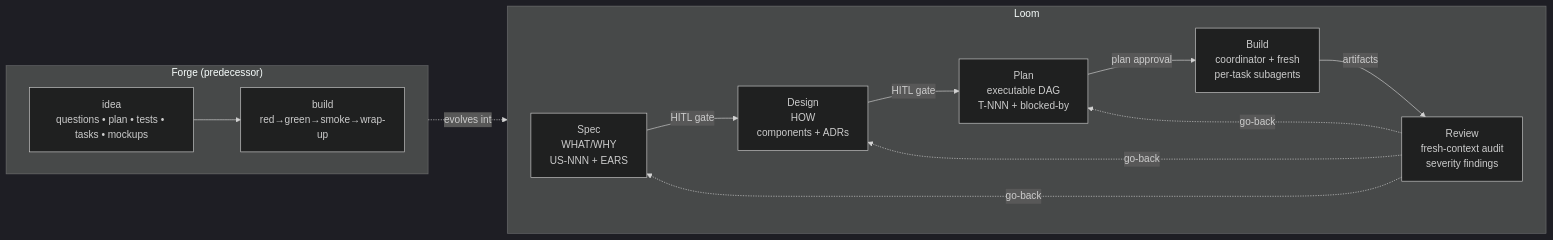
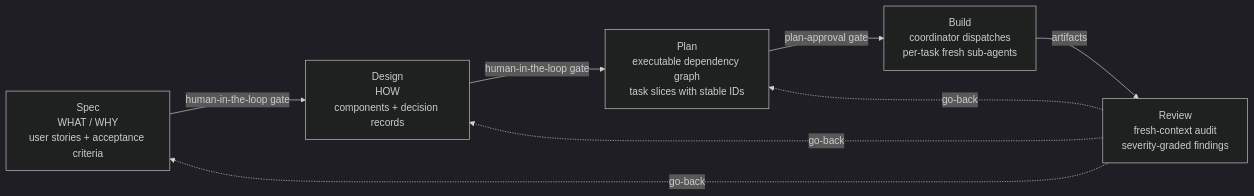
One commit to Zuhlek/loom changed the first of 15 diagrams in orchestrator/weave/lifecycle-concepts-toc.md. Above: the diagram before and after it, drawn with Mermaid (dark theme). The commit also changed other lines of this file and 37 other files, not shown here.

````diff
--- a/orchestrator/weave/lifecycle-concepts-toc.md
+++ b/orchestrator/weave/lifecycle-concepts-toc.md
@@ -26,27 +28,15 @@
 ```mermaid
 flowchart LR
-  subgraph Forge["Forge (predecessor)"]
-    direction LR
-    F1[idea<br/>questions • plan • tests • tasks • mockups]
-    F2[build<br/>red→green→smoke→wrap-up]
-    F1 --> F2
-  end
-
-  subgraph Loom["Loom"]
-    direction LR
-    L1[Spec<br/>WHAT/WHY<br/>US-NNN + EARS]
-    L2[Design<br/>HOW<br/>components + ADRs]
-    L3[Plan<br/>executable DAG<br/>T-NNN + blocked-by]
-    L4[Build<br/>coordinator + fresh<br/>per-task subagents]
-    L5[Review<br/>fresh-context audit<br/>severity findings]
-    L1 -- HITL gate --> L2
-    L2 -- HITL gate --> L3
-    L3 -- plan approval --> L4
-    L4 -- artifacts --> L5
-    L5 -. go-back .-> L1
-    L5 -. go-back .-> L2
-    L5 -. go-back .-> L3
-  end
-
-  Forge -.evolves into.-> Loom
+  L1[Spec<br/>WHAT / WHY<br/>user stories + acceptance criteria]
+  L2[Design<br/>HOW<br/>components + decision records]
+  L3[Plan<br/>executable dependency graph<br/>task slices with stable IDs]
+  L4[Build<br/>coordinator dispatches<br/>per-task fresh sub-agents]
+  L5[Review<br/>fresh-context audit<br/>severity-graded findings]
+  L1 -- human-in-the-loop gate --> L2
+  L2 -- human-in-the-loop gate --> L3
+  L3 -- plan-approval gate --> L4
+  L4 -- artifacts --> L5
+  L5 -. go-back .-> L1
+  L5 -. go-back .-> L2
+  L5 -. go-back .-> L3
 ```
````
